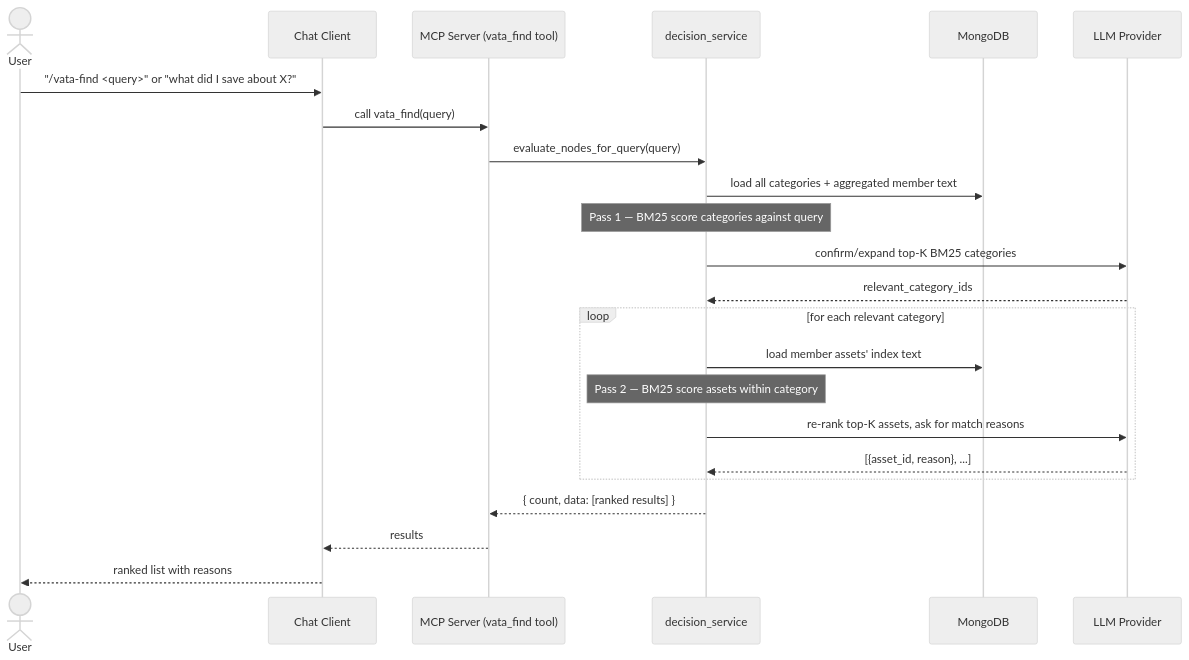
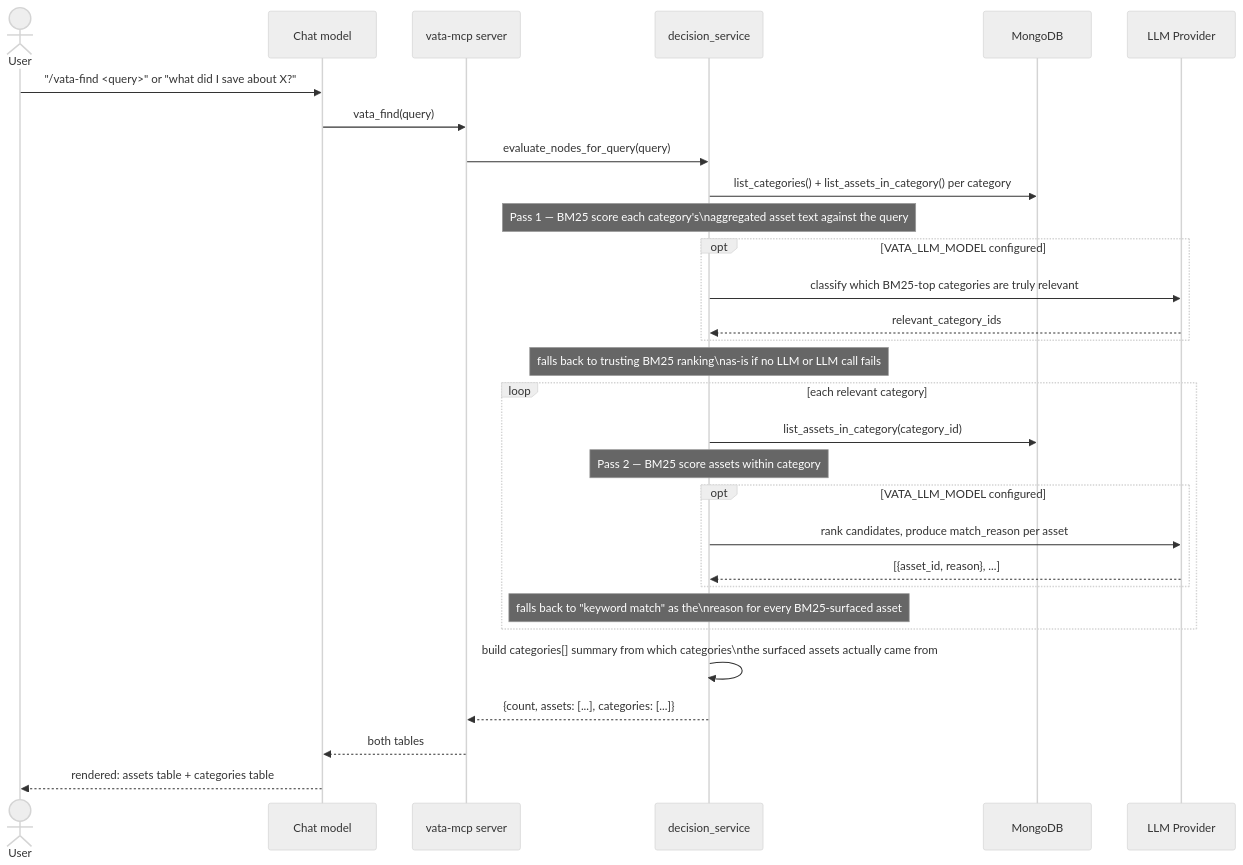
One commit to vivekvpai/vata changed the fifth of 9 diagrams in VATA_DATAFLOW.md. Above: the diagram before and after it, drawn with Mermaid (neutral theme). The commit also changed other lines of this file and 2 other files, not shown here.

First line of the commit message:
Rewrite plan docs to match current implementation

````diff
--- a/VATA_DATAFLOW.md
+++ b/VATA_DATAFLOW.md
@@ -94,26 +124,33 @@
 ```mermaid
 sequenceDiagram
     actor U as User
-    participant C as Chat Client
-    participant T as MCP Server (vata_find tool)
+    participant Model as Chat model
+    participant T as vata-mcp server
     participant DS as decision_service
     participant DB as MongoDB
     participant LLM as LLM Provider
 
-    U->>C: "/vata-find <query>" or "what did I save about X?"
-    C->>T: call vata_find(query)
+    U->>Model: "/vata-find <query>" or "what did I save about X?"
+    Model->>T: vata_find(query)
     T->>DS: evaluate_nodes_for_query(query)
-    DS->>DB: load all categories + aggregated member text
-    Note over DS: Pass 1 — BM25 score categories against query
-    DS->>LLM: confirm/expand top-K BM25 categories
-    LLM-->>DS: relevant_category_ids
-    loop for each relevant category
-        DS->>DB: load member assets' index text
+    DS->>DB: list_categories() + list_assets_in_category() per category
+    Note over DS: Pass 1 — BM25 score each category's\naggregated asset text against the query
+    opt VATA_LLM_MODEL configured
+        DS->>LLM: classify which BM25-top categories are truly relevant
+        LLM-->>DS: relevant_category_ids
+    end
+    Note over DS: falls back to trusting BM25 ranking\nas-is if no LLM or LLM call fails
+    loop each relevant category
+        DS->>DB: list_assets_in_category(category_id)
         Note over DS: Pass 2 — BM25 score assets within category
-        DS->>LLM: re-rank top-K assets, ask for match reasons
-        LLM-->>DS: [{asset_id, reason}, ...]
+        opt VATA_LLM_MODEL configured
+            DS->>LLM: rank candidates, produce match_reason per asset
+            LLM-->>DS: [{asset_id, reason}, ...]
+        end
+        Note over DS: falls back to "keyword match" as the\nreason for every BM25-surfaced asset
     end
-    DS-->>T: { count, data: [ranked results] }
-    T-->>C: results
-    C-->>U: ranked list with reasons
+    DS->>DS: build categories[] summary from which categories\nthe surfaced assets actually came from
+    DS-->>T: {count, assets: [...], categories: [...]}
+    T-->>Model: both tables
+    Model-->>U: rendered: assets table + categories table
 ```
````
